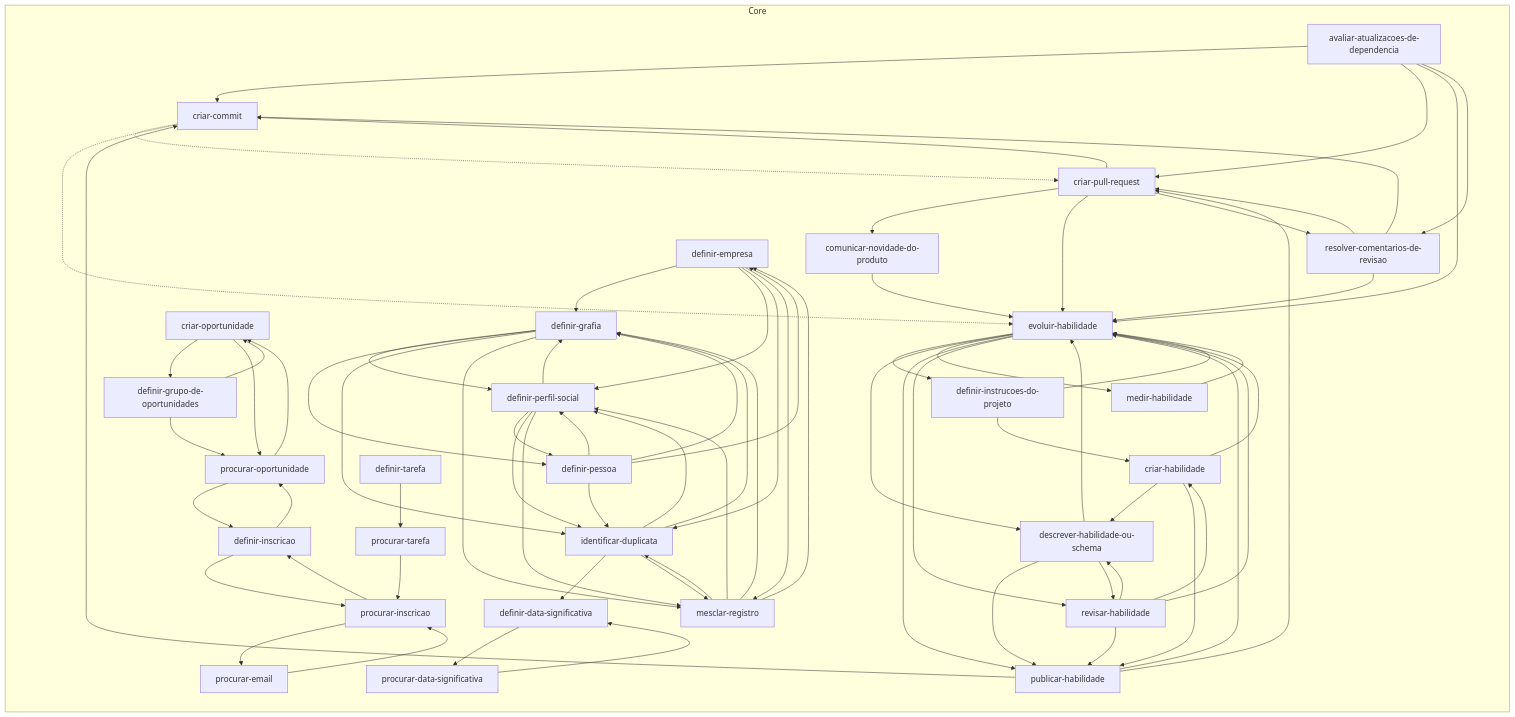
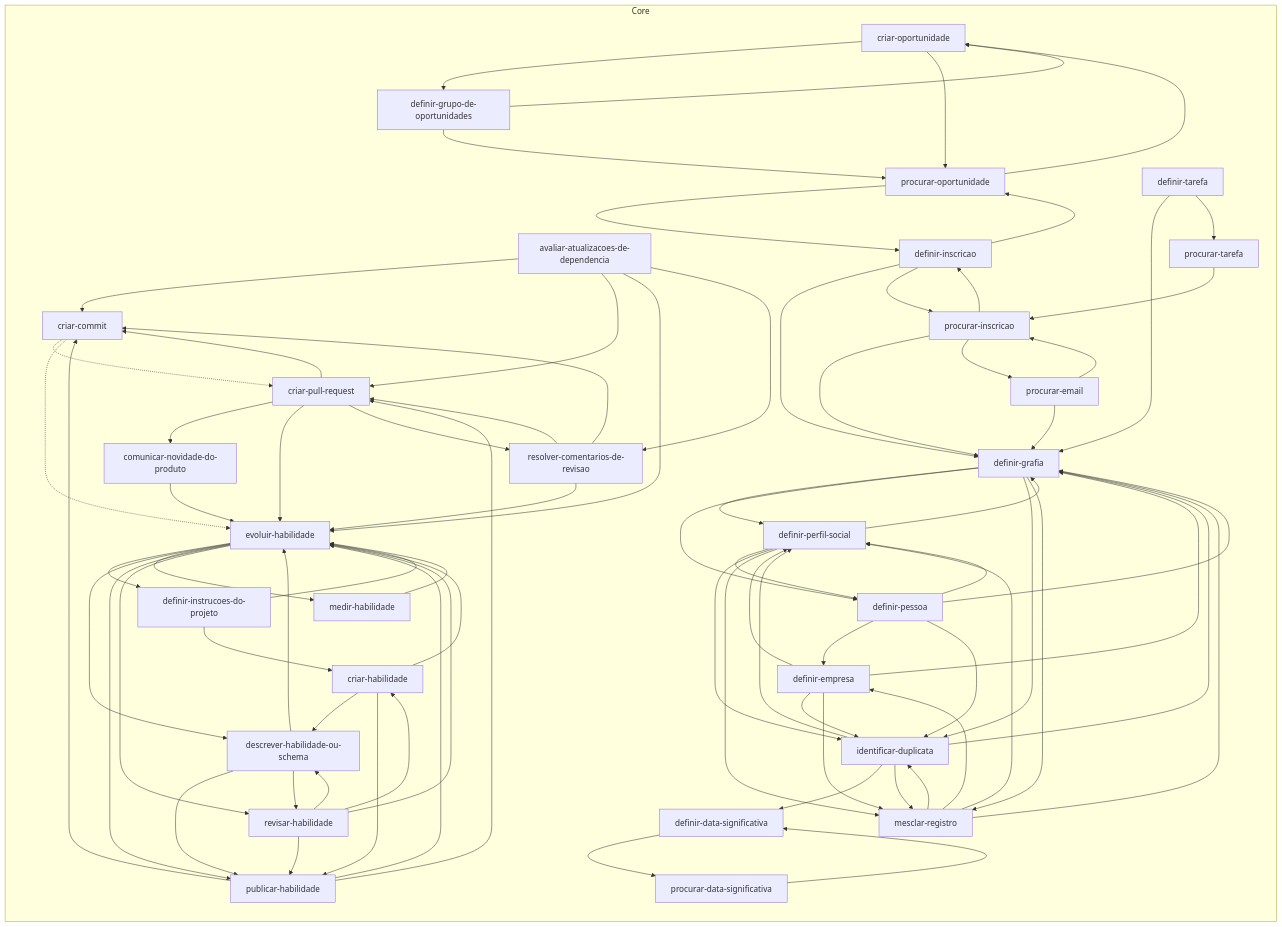
The diagram in .agents/skills/README.md (jimmyandrade/harness), drawn with Mermaid before and after one commit. The commit also changed 5 other files, not shown here.

First line of the commit message:
refactor: cite definir-grafia directly instead of a parameter

```diff
--- a/.agents/skills/README.md
+++ b/.agents/skills/README.md
@@ -67,6 +67,7 @@
   definir_grafia --> mesclar_registro
   definir_grupo_de_oportunidades --> criar_oportunidade
   definir_grupo_de_oportunidades --> procurar_oportunidade
+  definir_inscricao --> definir_grafia
   definir_inscricao --> procurar_inscricao
   definir_inscricao --> procurar_oportunidade
   definir_instrucoes_do_projeto --> criar_habilidade
@@ -79,6 +80,7 @@
   definir_pessoa --> definir_grafia
   definir_pessoa --> definir_perfil_social
   definir_pessoa --> identificar_duplicata
+  definir_tarefa --> definir_grafia
   definir_tarefa --> procurar_tarefa
   descrever_habilidade_ou_schema --> evoluir_habilidade
   descrever_habilidade_ou_schema --> publicar_habilidade
@@ -98,7 +100,9 @@
   mesclar_registro --> definir_perfil_social
   mesclar_registro --> identificar_duplicata
   procurar_data_significativa --> definir_data_significativa
+  procurar_email --> definir_grafia
   procurar_email --> procurar_inscricao
+  procurar_inscricao --> definir_grafia
   procurar_inscricao --> definir_inscricao
   procurar_inscricao --> procurar_email
   procurar_oportunidade --> criar_oportunidade
```
